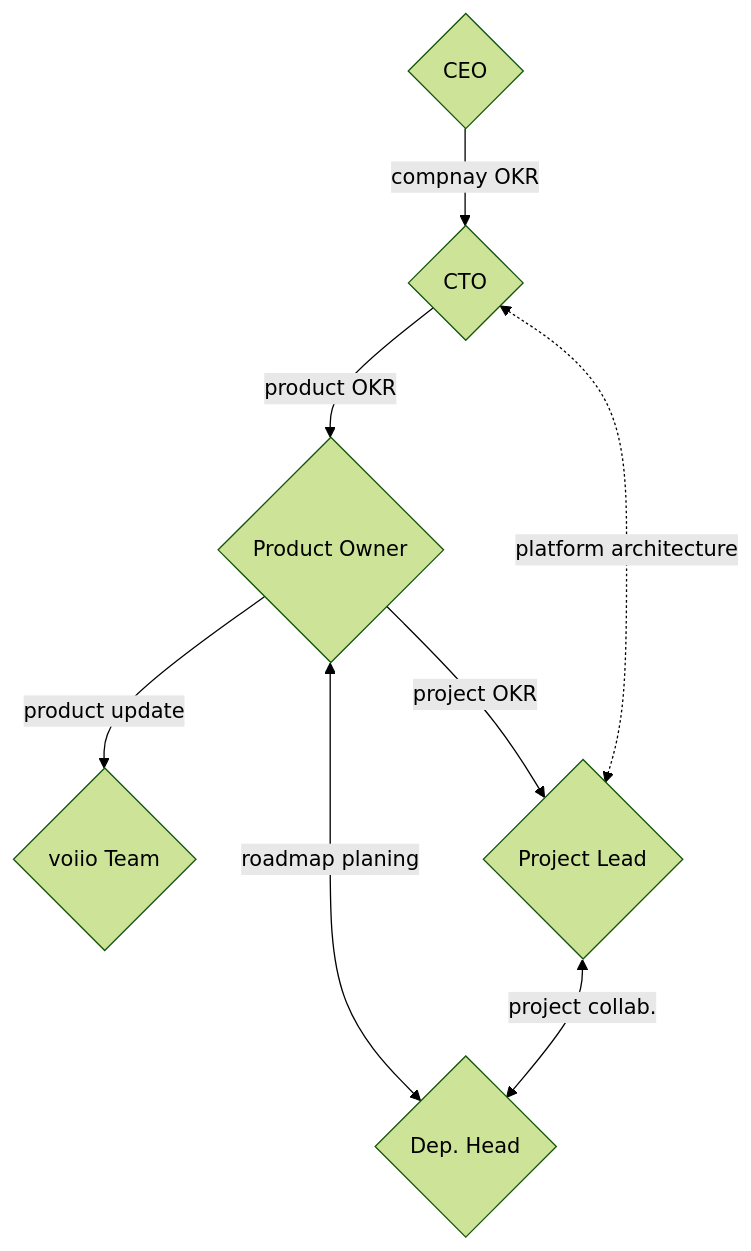
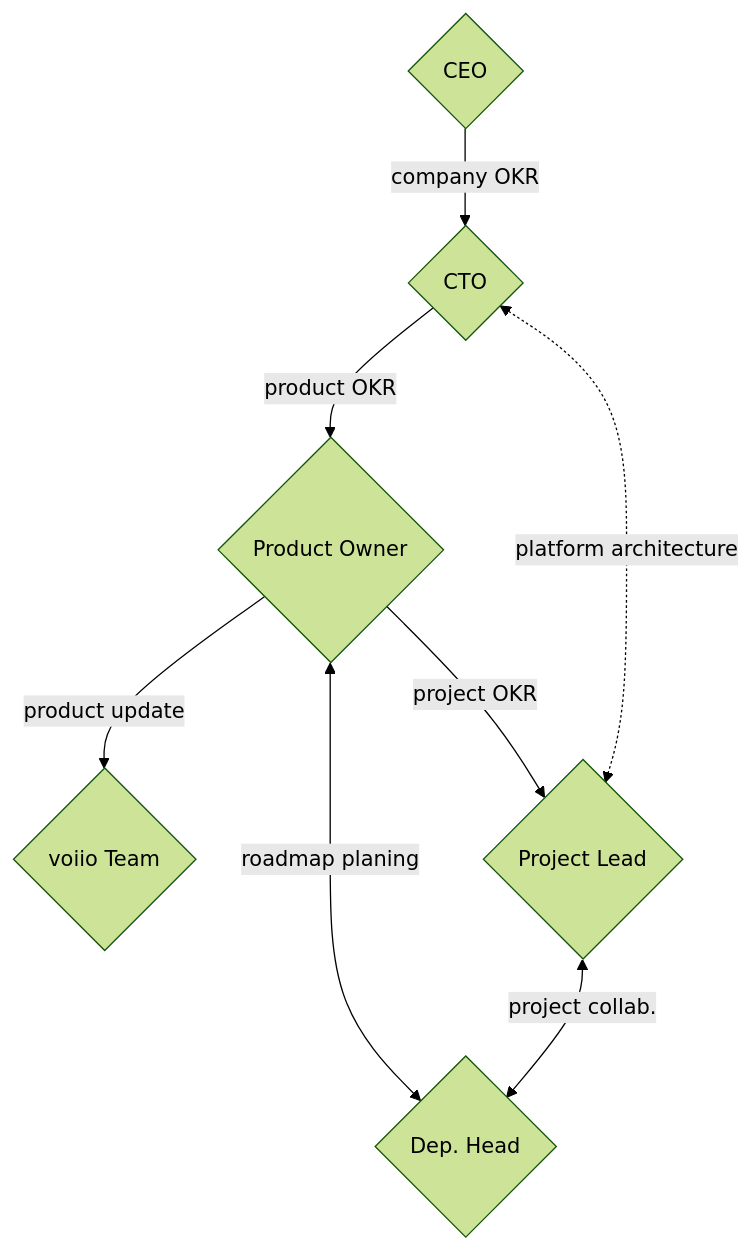
Before and after one commit to voiio/voiio.github.io: the first of 3 diagrams in team_structure.md, drawn with Mermaid (forest theme). The commit also changed other lines of this file, not shown here.

````diff
--- a/team_structure.md
+++ b/team_structure.md
@@ -5,16 +5,16 @@
 ```mermaid
 flowchart TD
     CEO{CEO};
     CTO{CTO};
     PO{Product Owner};
     team{voiio Team};
     TM{Project Lead};
     TL{Dep. Head};
-    CEO -- compnay OKR --> CTO;
+    CEO -- company OKR --> CTO;
     CTO -- product OKR --> PO;
     CTO <-. platform architecture .-> TM;
     PO -- project OKR --> TM;
     TM <-- project collab. --> TL;
     PO <-- roadmap planing --> TL;
     PO -- product update --> team;
 ```
````
